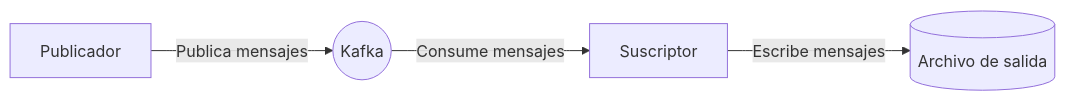
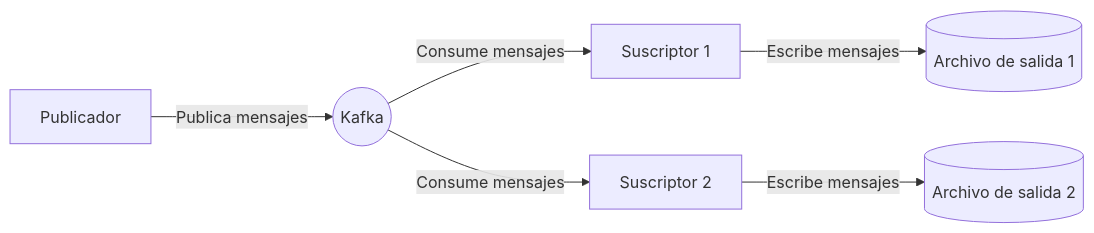
One commit to bjohnmer/poc_kafka_go_ruby changed the diagram in README.md. Above: the diagram before and after it, drawn with Mermaid.

Commit message:
Adjusting README.md file: Adjusting architecture overview graph

````diff
--- a/README.md
+++ b/README.md
@@ -32,6 +32,8 @@
 ```mermaid
 graph LR
     A[Publicador] -->|Publica mensajes| B((Kafka))
-    B -->|Consume mensajes| C[Suscriptor]
-    C -->|Escribe mensajes| D[(Archivo de salida)]
+    B -->|Consume mensajes| C1[Suscriptor 1]
+    B -->|Consume mensajes| C2[Suscriptor 2]
+    C1 -->|Escribe mensajes| D1[(Archivo de salida 1)]
+    C2 -->|Escribe mensajes| D2[(Archivo de salida 2)]
 ```
````
